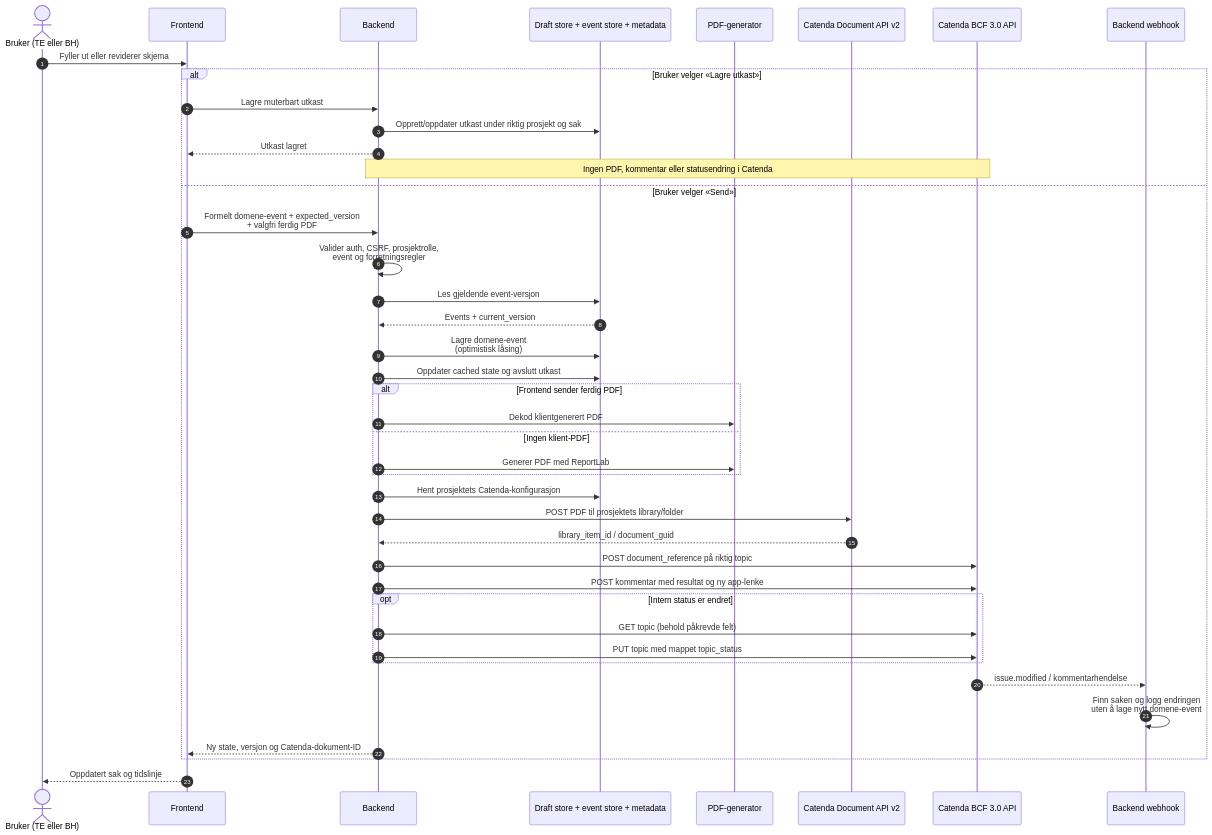
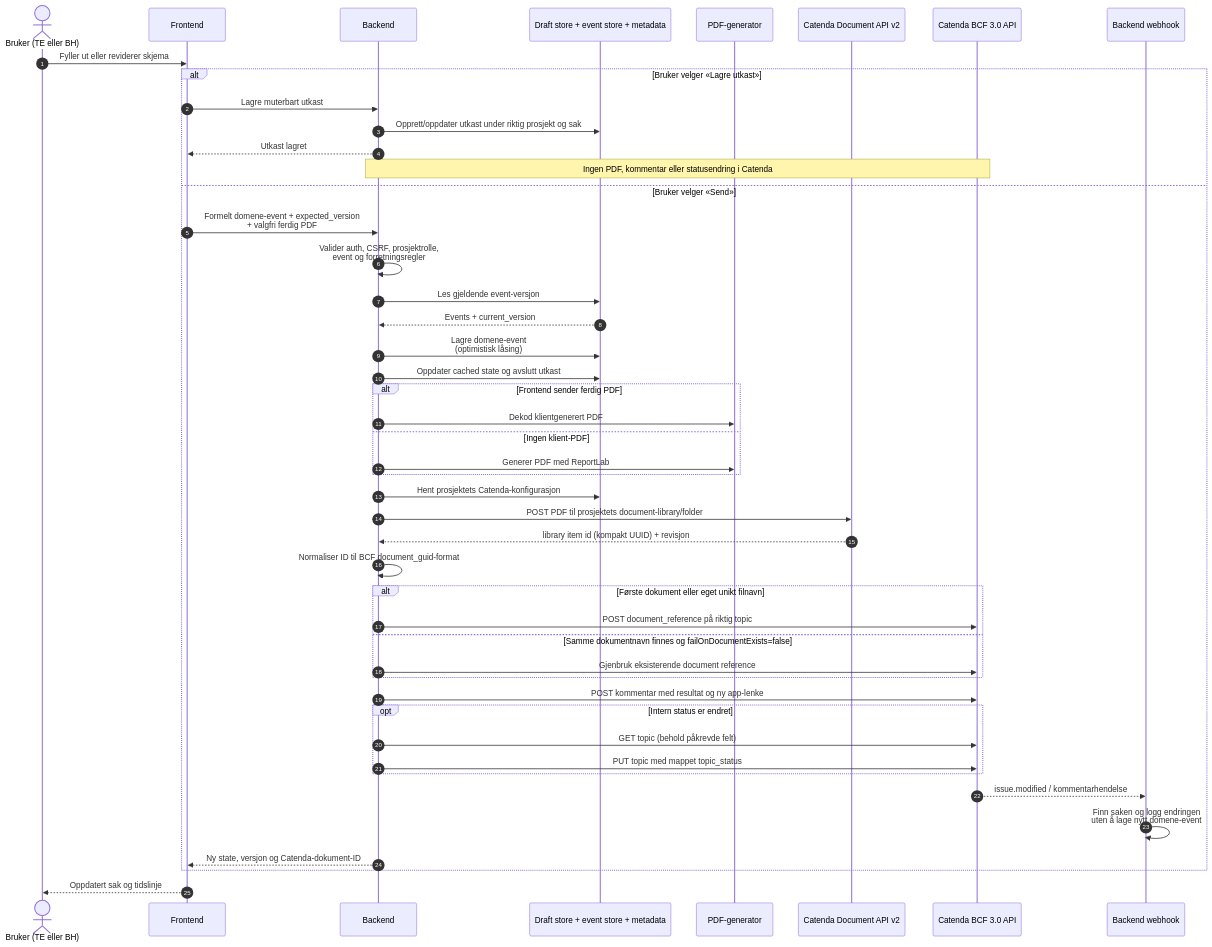
Before and after one commit to khjohns/endringsmeldinger: the fourth of 6 diagrams in docs/catenda-dataflyt.md, drawn with Mermaid. The commit also changed other lines of this file and 22 other files, not shown here.

````diff
--- a/docs/catenda-dataflyt.md
+++ b/docs/catenda-dataflyt.md
@@ -161,50 +171,55 @@
 ```mermaid
 sequenceDiagram
     autonumber
     actor U as Bruker (TE eller BH)
     participant APP as Frontend
     participant BE as Backend
     participant DB as Draft store + event store + metadata
     participant PDF as PDF-generator
     participant DOC as Catenda Document API v2
     participant BCF as Catenda BCF 3.0 API
     participant WH as Backend webhook
 
     U->>APP: Fyller ut eller reviderer skjema
 
     alt Bruker velger «Lagre utkast»
         APP->>BE: Lagre muterbart utkast
         BE->>DB: Opprett/oppdater utkast under riktig prosjekt og sak
         BE-->>APP: Utkast lagret
         Note over BE,BCF: Ingen PDF, kommentar eller statusendring i Catenda
     else Bruker velger «Send»
         APP->>BE: Formelt domene-event + expected_version<br/>+ valgfri ferdig PDF
         BE->>BE: Valider auth, CSRF, prosjektrolle,<br/>event og forretningsregler
         BE->>DB: Les gjeldende event-versjon
         DB-->>BE: Events + current_version
         BE->>DB: Lagre domene-event<br/>(optimistisk låsing)
         BE->>DB: Oppdater cached state og avslutt utkast
 
         alt Frontend sender ferdig PDF
             BE->>PDF: Dekod klientgenerert PDF
         else Ingen klient-PDF
             BE->>PDF: Generer PDF med ReportLab
         end
 
         BE->>DB: Hent prosjektets Catenda-konfigurasjon
-        BE->>DOC: POST PDF til prosjektets library/folder
-        DOC-->>BE: library_item_id / document_guid
-        BE->>BCF: POST document_reference på riktig topic
+        BE->>DOC: POST PDF til prosjektets document-library/folder
+        DOC-->>BE: library item id (kompakt UUID) + revisjon
+        BE->>BE: Normaliser ID til BCF document_guid-format
+        alt Første dokument eller eget unikt filnavn
+            BE->>BCF: POST document_reference på riktig topic
+        else Samme dokumentnavn finnes og failOnDocumentExists=false
+            BE->>BCF: Gjenbruk eksisterende document reference
+        end
         BE->>BCF: POST kommentar med resultat og ny app-lenke
 
         opt Intern status er endret
             BE->>BCF: GET topic (behold påkrevde felt)
             BE->>BCF: PUT topic med mappet topic_status
         end
 
         BCF-->>WH: issue.modified / kommentarhendelse
         WH->>WH: Finn saken og logg endringen<br/>uten å lage nytt domene-event
         BE-->>APP: Ny state, versjon og Catenda-dokument-ID
     end
     APP-->>U: Oppdatert sak og tidslinje
 ```
````
